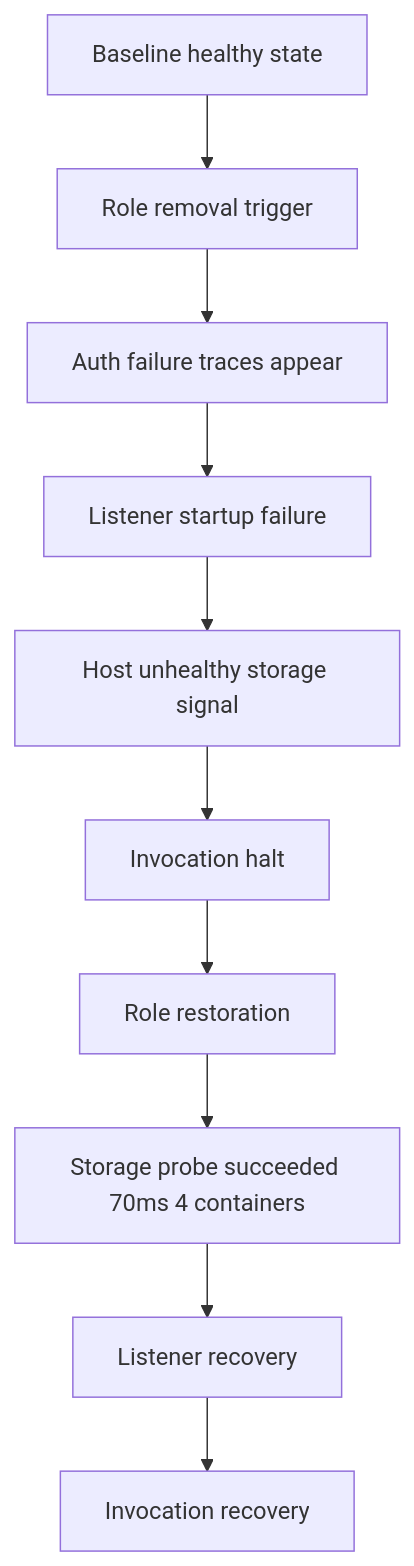
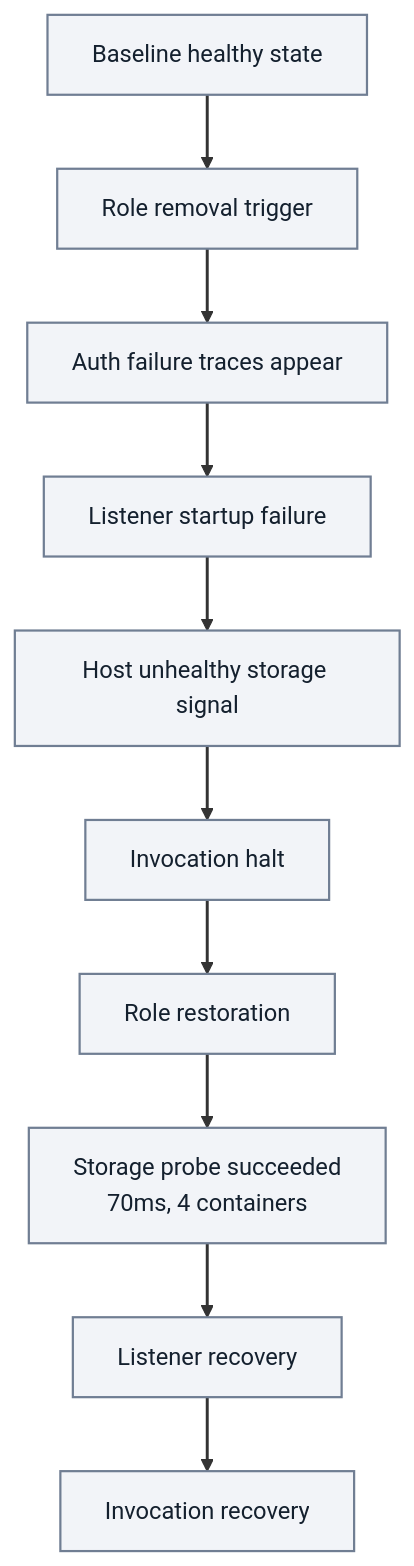
The fifth of 5 diagrams in docs/troubleshooting/lab-guides/storage-access-failure.md (yeongseon/azure-functions-practical-guide), drawn with Mermaid before and after one commit. The commit also changed other lines of this file and 1 other file, not shown here.

First line of the commit message:
docs(diagrams): migrate Functions lab storage network auth — storage access failure (#444)

````diff
--- a/docs/troubleshooting/lab-guides/storage-access-failure.md
+++ b/docs/troubleshooting/lab-guides/storage-access-failure.md
@@ -1315,12 +1349,17 @@
 ```mermaid
 graph TD
+    accTitle: Historical storage-access evidence timeline
+    accDescr: Historical stage order runs from healthy baseline through role removal, authorization errors, listener failure, unhealthy storage and invocation halt, then role restoration, the reported 70ms and four-container probe, listener recovery and invocation recovery. No new captures or Golden validation are asserted.
     A[Baseline healthy state] --> B[Role removal trigger]
     B --> C[Auth failure traces appear]
     C --> D[Listener startup failure]
     D --> E[Host unhealthy storage signal]
     E --> F[Invocation halt]
     F --> G[Role restoration]
-    G --> H[Storage probe succeeded 70ms 4 containers]
+    G --> H["Storage probe succeeded<br/>70ms, 4 containers"]
     H --> I[Listener recovery]
     I --> J[Invocation recovery]
+    classDef baseNeutral fill:#f2f4f8,stroke:#707e93,stroke-width:1.5px,color:#14202e;
+    class A,B,C,D,E,F,G,H,I,J baseNeutral;
+    linkStyle default stroke-width:2px;
 ```
````
